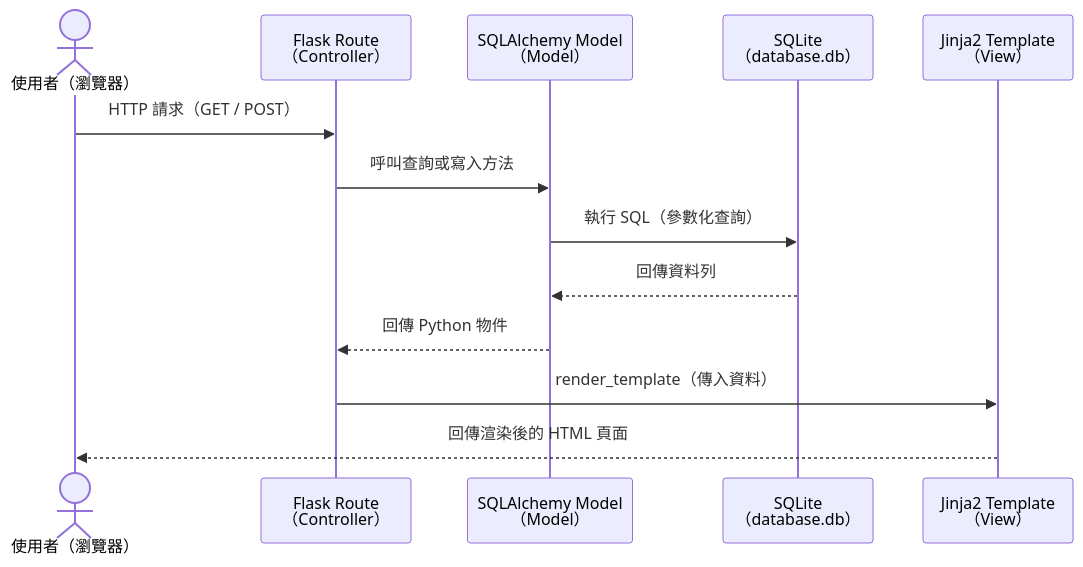
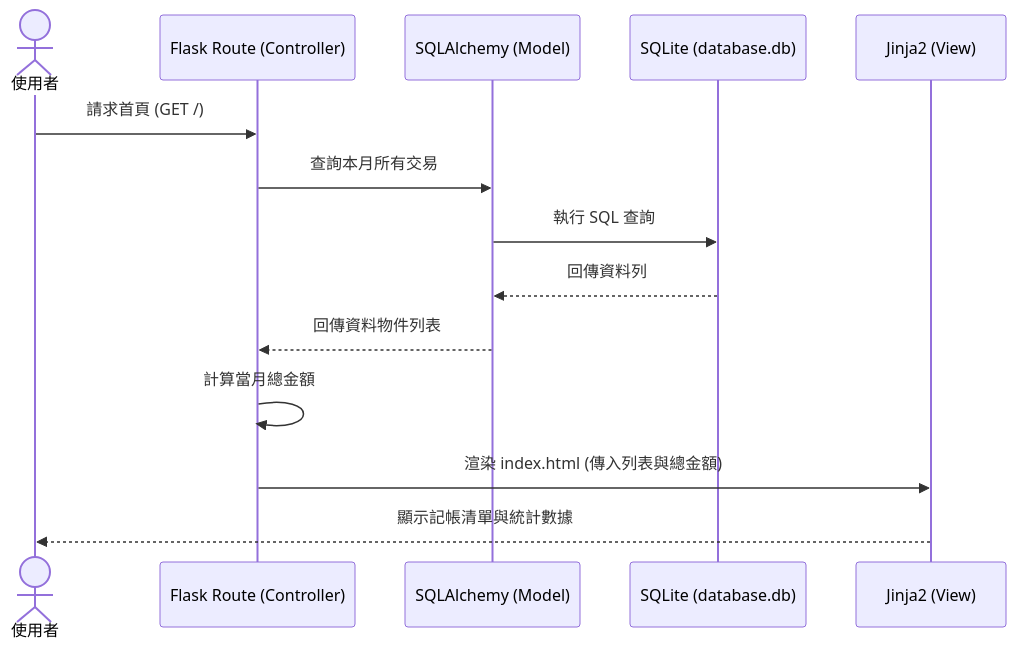
The diagram in docs/ARCHITECTURE.md (phcnnn/web_app_development), drawn with Mermaid before and after one commit. The commit also changed other lines of this file and 1 other file, not shown here.

Commit message:
docs: create architecture and flowchart

````diff
--- a/docs/ARCHITECTURE.md
+++ b/docs/ARCHITECTURE.md
@@ -89,16 +65,17 @@
 ```mermaid
 sequenceDiagram
-    actor 使用者 as 使用者（瀏覽器）
-    participant Route as Flask Route<br/>（Controller）
-    participant Model as SQLAlchemy Model<br/>（Model）
-    participant DB as SQLite<br/>（database.db）
-    participant Template as Jinja2 Template<br/>（View）
+    actor 使用者
+    participant Route as Flask Route (Controller)
+    participant Model as SQLAlchemy (Model)
+    participant DB as SQLite (database.db)
+    participant Template as Jinja2 (View)
 
-    使用者->>Route: HTTP 請求（GET / POST）
-    Route->>Model: 呼叫查詢或寫入方法
-    Model->>DB: 執行 SQL（參數化查詢）
+    使用者->>Route: 請求首頁 (GET /)
+    Route->>Model: 查詢本月所有交易
+    Model->>DB: 執行 SQL 查詢
     DB-->>Model: 回傳資料列
-    Model-->>Route: 回傳 Python 物件
-    Route->>Template: render_template（傳入資料）
-    Template-->>使用者: 回傳渲染後的 HTML 頁面
+    Model-->>Route: 回傳資料物件列表
+    Route->>Route: 計算當月總金額
+    Route->>Template: 渲染 index.html (傳入列表與總金額)
+    Template-->>使用者: 顯示記帳清單與統計數據
 ```
````
